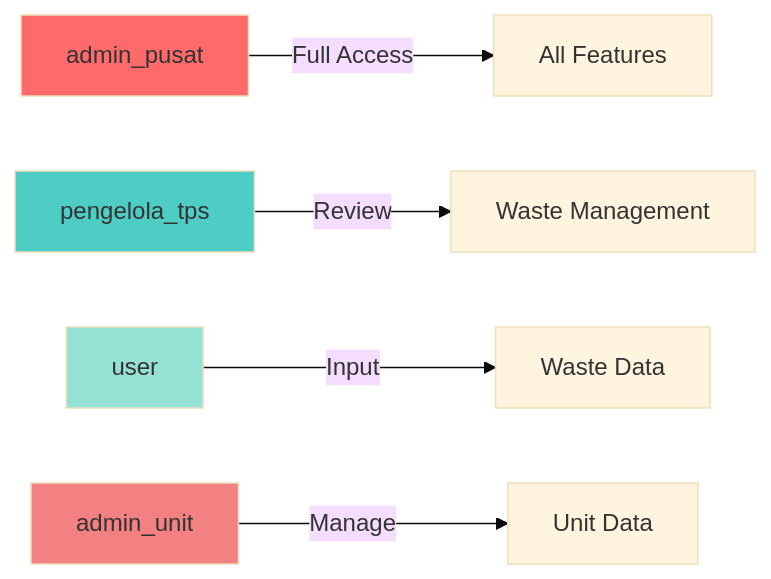
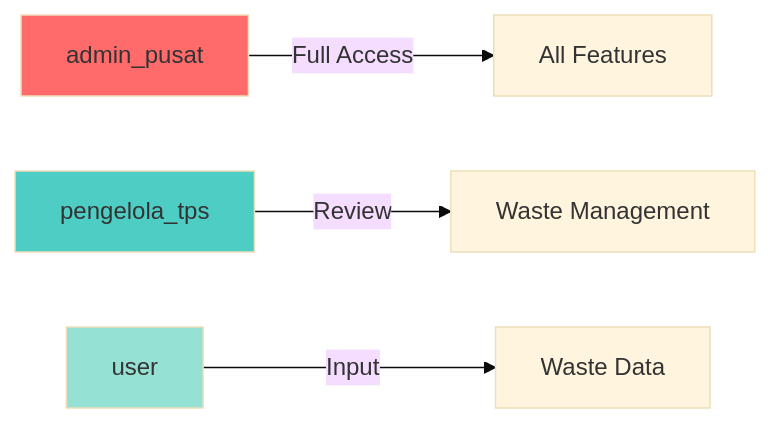
The third of 3 diagrams in docs/ERD-SIMPLE.md (mnabilalrhozaq/UIGM), drawn with Mermaid (base theme) before and after one commit. The commit also changed other lines of this file and 1 other file, not shown here.

````diff
--- a/docs/ERD-SIMPLE.md
+++ b/docs/ERD-SIMPLE.md
@@ -94,12 +94,10 @@
 ```mermaid
 graph LR
     A[admin_pusat] -->|Full Access| ALL[All Features]
     B[pengelola_tps] -->|Review| WM[Waste Management]
     C[user] -->|Input| WD[Waste Data]
-    D[admin_unit] -->|Manage| UD[Unit Data]
     
     style A fill:#ff6b6b
     style B fill:#4ecdc4
     style C fill:#95e1d3
-    style D fill:#f38181
 ```
````
